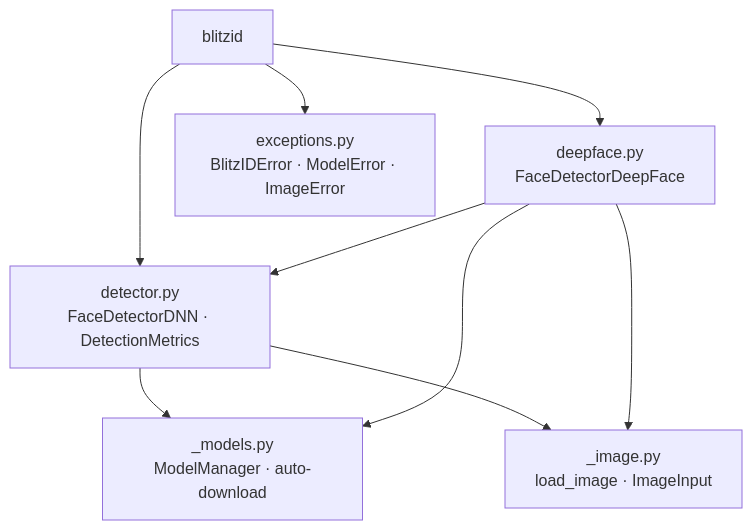
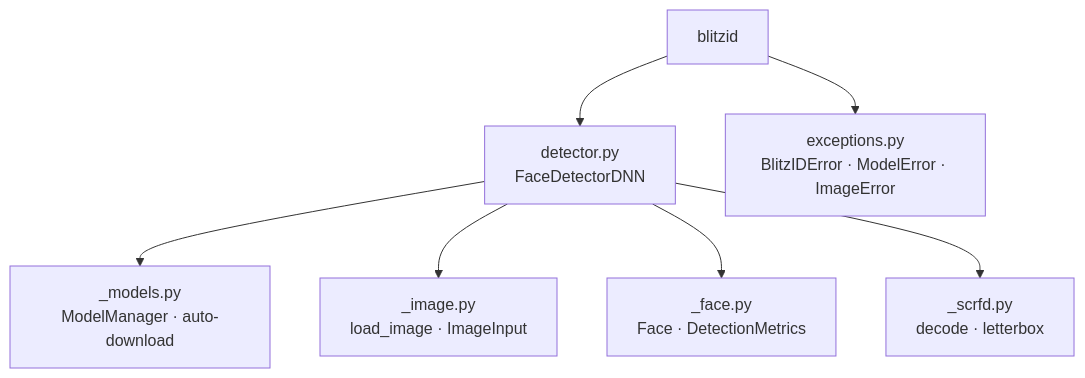
Before and after one commit to malvavisc0/blitzid: the diagram in README.md, drawn with Mermaid. The commit also changed other lines of this file and 8 other files, not shown here.

Commit message:
remove DeepFace backend, CUDA support, and dead aliases; switch to opencv-python-headless

````diff
--- a/README.md
+++ b/README.md
@@ -106,12 +106,10 @@
 ```mermaid
 graph TD
-    A[blitzid] --> B[detector.py<br/>FaceDetectorDNN · DetectionMetrics]
-    A --> C[deepface.py<br/>FaceDetectorDeepFace]
+    A[blitzid] --> B[detector.py<br/>FaceDetectorDNN]
     A --> D[exceptions.py<br/>BlitzIDError · ModelError · ImageError]
 
     B --> E[_models.py<br/>ModelManager · auto-download]
     B --> F[_image.py<br/>load_image · ImageInput]
-    C --> E
-    C --> F
-    C --> B
+    B --> G[_face.py<br/>Face · DetectionMetrics]
+    B --> H[_scrfd.py<br/>decode · letterbox]
 ```
````
